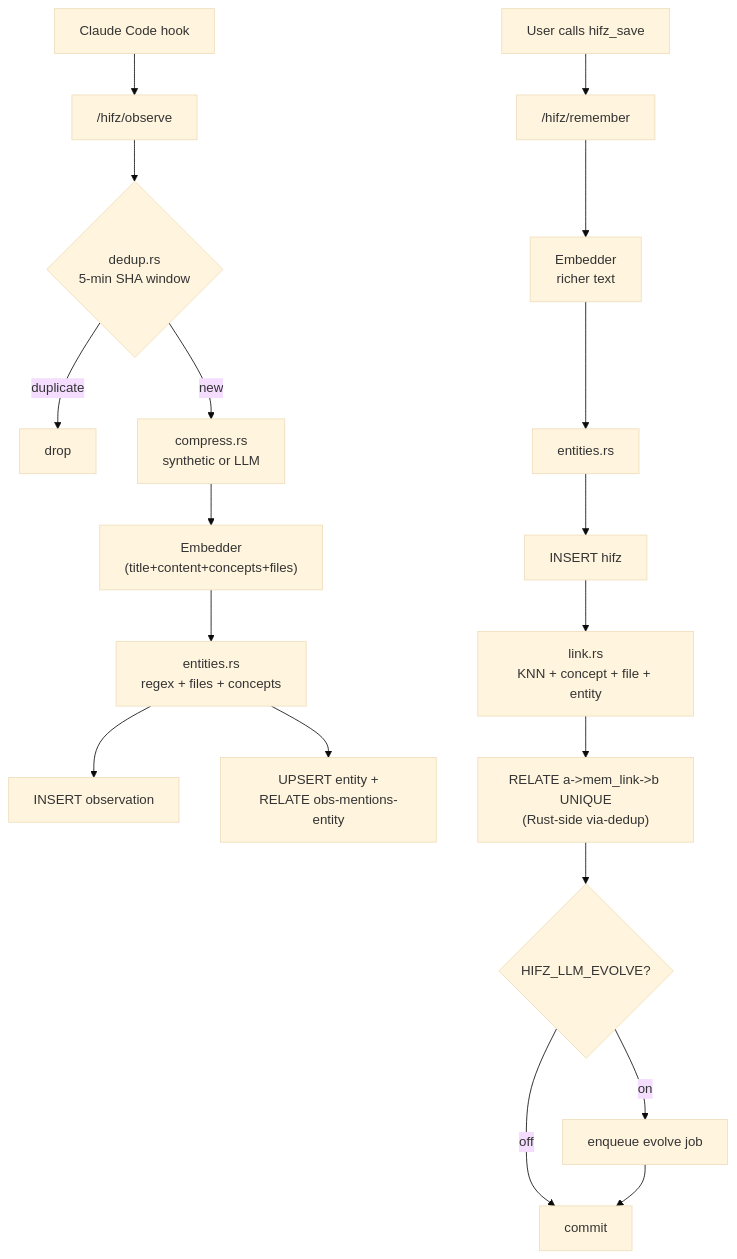
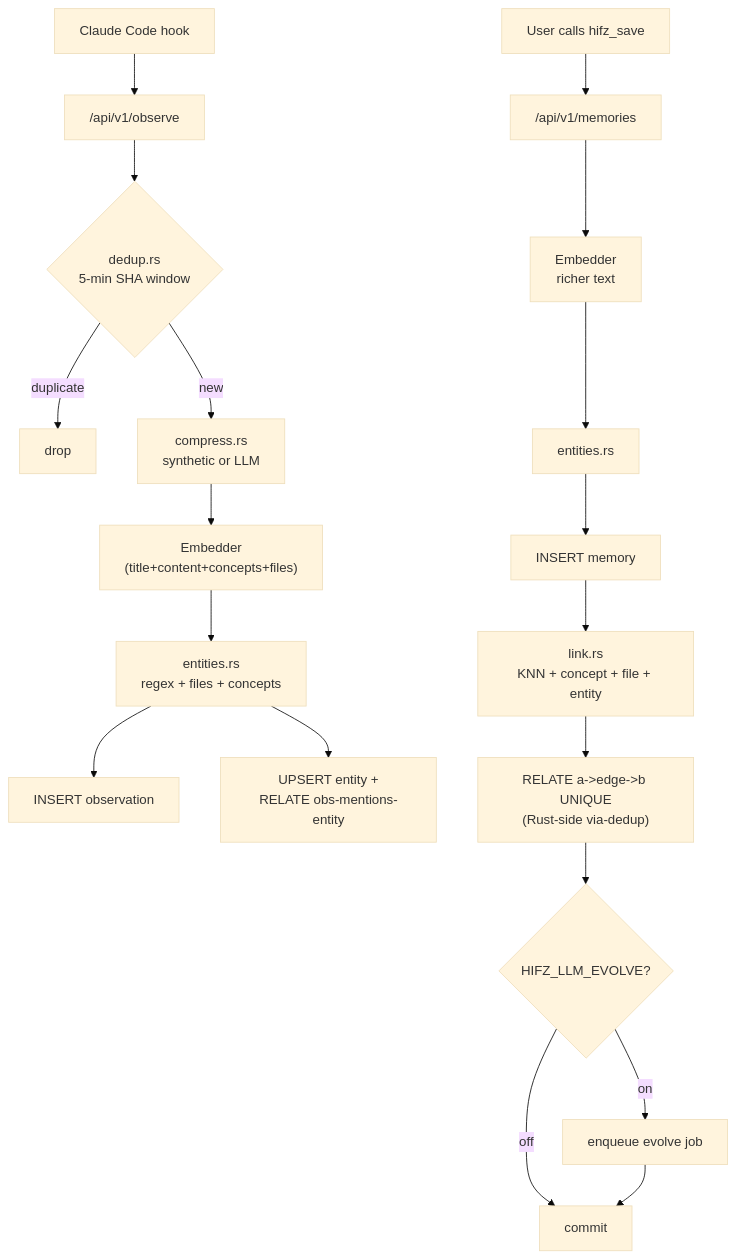
Before and after one commit to arriqaaq/hifz: the second of 5 diagrams in docs/architecture/memory.md, drawn with Mermaid (base theme). The commit also changed other lines of this file and 23 other files, not shown here.

````diff
--- a/docs/architecture/memory.md
+++ b/docs/architecture/memory.md
@@ -105,22 +113,22 @@
 ```mermaid
 flowchart TD
-    Hook[Claude Code hook] --> API["/hifz/observe"]
+    Hook[Claude Code hook] --> API["/api/v1/observe"]
     API --> Dedup{"dedup.rs<br/>5-min SHA window"}
     Dedup -- duplicate --> Drop[drop]
     Dedup -- new --> Compress["compress.rs<br/>synthetic or LLM"]
     Compress --> Embed["Embedder<br/>(title+content+concepts+files)"]
     Embed --> Entities["entities.rs<br/>regex + files + concepts"]
     Entities --> WriteObs[INSERT observation]
     Entities --> UpsertEnt["UPSERT entity +<br/>RELATE obs-mentions-entity"]
 
-    User[User calls hifz_save] --> Remember["/hifz/remember"]
+    User[User calls hifz_save] --> Remember["/api/v1/memories"]
     Remember --> EmbedMem["Embedder<br/>richer text"]
     EmbedMem --> EntitiesMem[entities.rs]
-    EntitiesMem --> WriteMem[INSERT hifz]
+    EntitiesMem --> WriteMem[INSERT memory]
     WriteMem --> LinkGen["link.rs<br/>KNN + concept + file + entity"]
-    LinkGen --> Relate["RELATE a->mem_link->b UNIQUE<br/>(Rust-side via-dedup)"]
+    LinkGen --> Relate["RELATE a->edge->b UNIQUE<br/>(Rust-side via-dedup)"]
     Relate --> EvolveGate{"HIFZ_LLM_EVOLVE?"}
     EvolveGate -- off --> DoneW[commit]
     EvolveGate -- on --> Queue[enqueue evolve job]
     Queue --> DoneW
 ```
````
